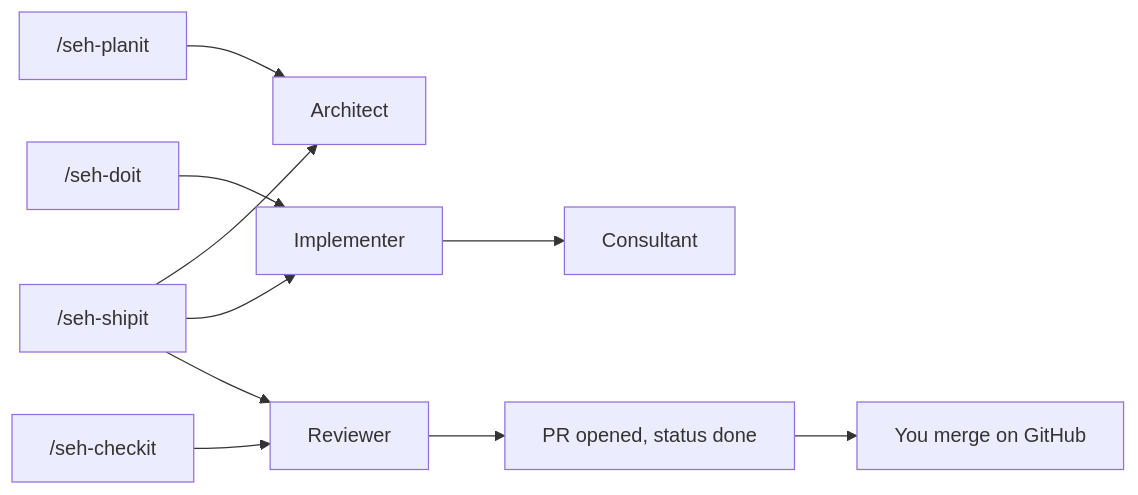
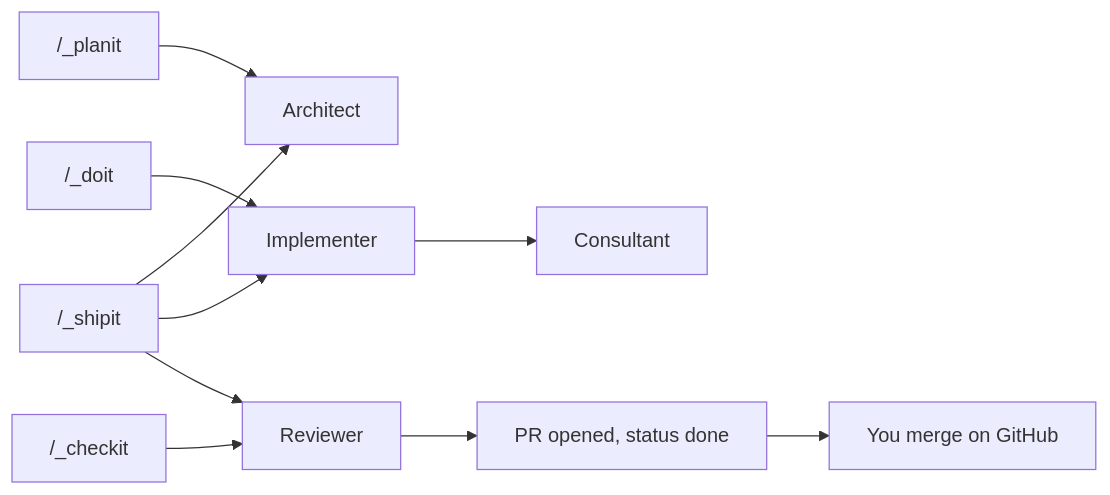
The first of 3 diagrams in README.md (meehow-halas/se-harness), drawn with Mermaid before and after one commit. The commit also changed other lines of this file, not shown here.

````diff
--- a/README.md
+++ b/README.md
@@ -114,12 +133,12 @@
 ```mermaid
 flowchart LR
-  planit["/seh-planit"] --> architect[Architect]
-  doit["/seh-doit"] --> implementer[Implementer]
+  planit["/_planit"] --> architect[Architect]
+  doit["/_doit"] --> implementer[Implementer]
   implementer --> consultant[Consultant]
-  checkit["/seh-checkit"] --> reviewer[Reviewer]
-  shipit["/seh-shipit"] --> architect
+  checkit["/_checkit"] --> reviewer[Reviewer]
+  shipit["/_shipit"] --> architect
   shipit --> implementer
   shipit --> reviewer
   reviewer --> prDone["PR opened, status done"]
   prDone --> humanMerge[You merge on GitHub]
 ```
````
